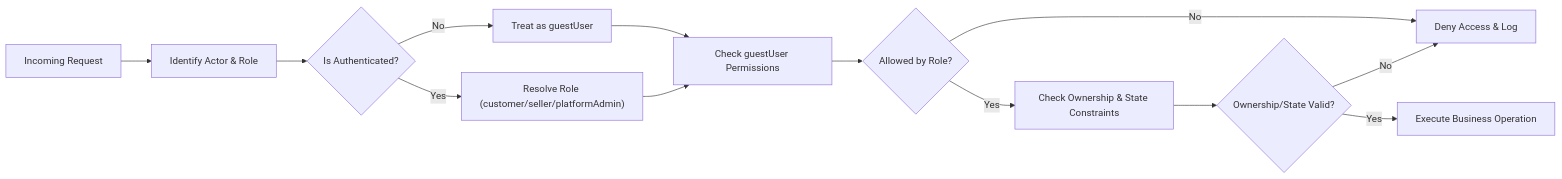
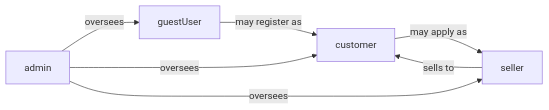
The first of 2 diagrams in openai/gpt-5.1/shopping/docs/analysis/03-user-actors-and-permissions.md (wrtnlabs/autobe-examples), drawn with Mermaid before and after one commit. The commit also changed other lines of this file and 8017 other files, not shown here.

````diff
--- a/openai/gpt-5.1/shopping/docs/analysis/03-user-actors-and-permissions.md
+++ b/openai/gpt-5.1/shopping/docs/analysis/03-user-actors-and-permissions.md
@@ -425,15 +126,9 @@
 ```mermaid
-flowchart LR
-  R["Incoming Request"] --> I["Identify Actor & Role"]
-  I --> C1{"Is Authenticated?"}
-  C1 -->|"No"| G["Treat as guestUser"]
-  C1 -->|"Yes"| R2["Resolve Role (customer/seller/platformAdmin)"]
-  G --> P["Check guestUser Permissions"]
-  R2 --> P
-  P --> C2{"Allowed by Role?"}
-  C2 -->|"No"| D["Deny Access & Log"]
-  C2 -->|"Yes"| O["Check Ownership & State Constraints"]
-  O --> C3{"Ownership/State Valid?"}
-  C3 -->|"No"| D
-  C3 -->|"Yes"| S["Execute Business Operation"]
+graph LR
+  GUEST["guestUser"] -->|"may register as"| CUST["customer"]
+  CUST -->|"may apply as"| SELLER["seller"]
+  ADMIN["admin"] -->|"oversees"| GUEST
+  ADMIN -->|"oversees"| CUST
+  ADMIN -->|"oversees"| SELLER
+  SELLER -->|"sells to"| CUST
 ```
````
